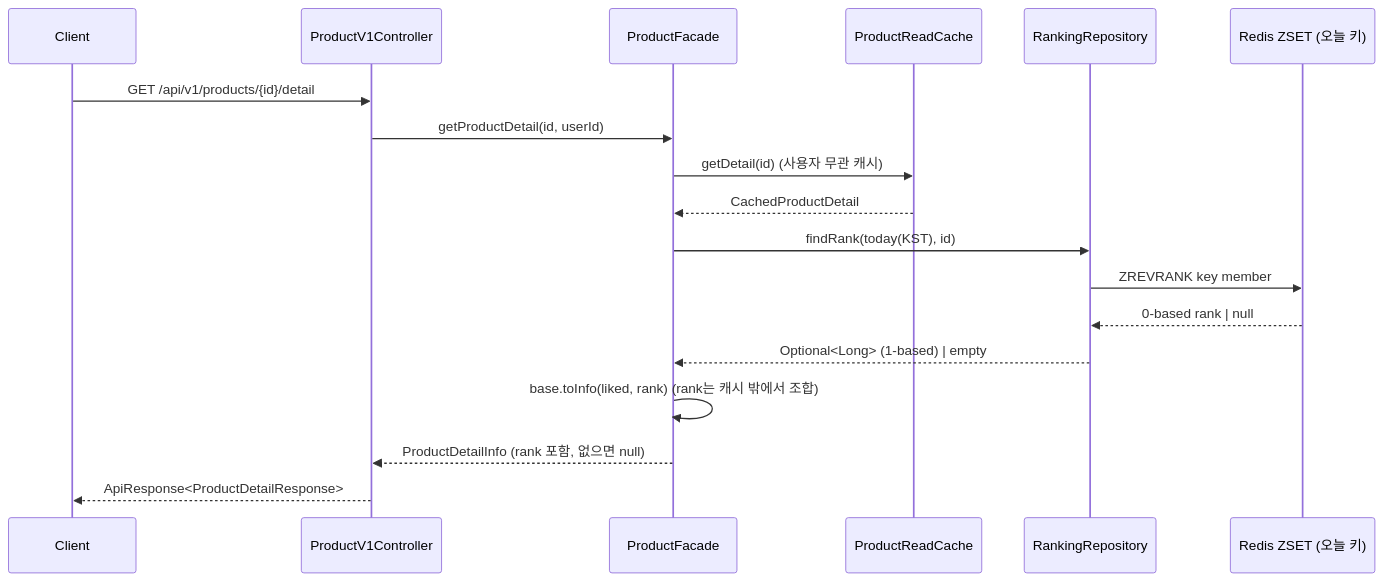
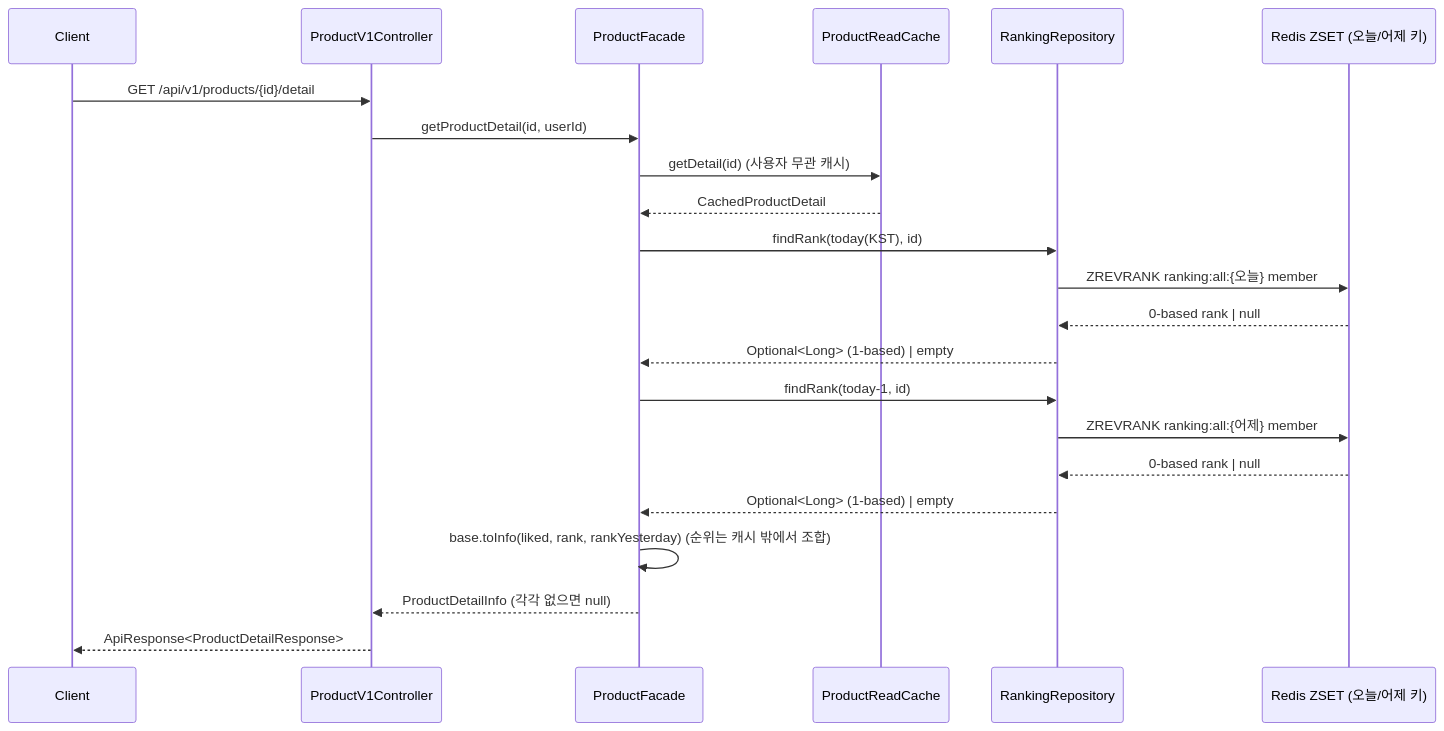
Before and after one commit to gamewithfriend/loop-pack-be-l2-vol4-java: the third of 3 diagrams in docs/week9/02-sequence-diagrams.md, drawn with Mermaid. The commit also changed other lines of this file and 4 other files, not shown here.

First line of the commit message:
docs(week9): 상세 추세(rankYesterday) + 과거 랭킹 스냅샷 설계 반영

````diff
--- a/docs/week9/02-sequence-diagrams.md
+++ b/docs/week9/02-sequence-diagrams.md
@@ -107,21 +107,25 @@
 ```mermaid
 sequenceDiagram
     participant U as Client
     participant Ct as ProductV1Controller
     participant F as ProductFacade
     participant Cache as ProductReadCache
     participant RR as RankingRepository
-    participant Z as Redis ZSET (오늘 키)
+    participant Z as Redis ZSET (오늘/어제 키)
 
     U->>Ct: GET /api/v1/products/{id}/detail
     Ct->>F: getProductDetail(id, userId)
     F->>Cache: getDetail(id)  (사용자 무관 캐시)
     Cache-->>F: CachedProductDetail
     F->>RR: findRank(today(KST), id)
-    RR->>Z: ZREVRANK key member
+    RR->>Z: ZREVRANK ranking:all:{오늘} member
     Z-->>RR: 0-based rank | null
     RR-->>F: Optional<Long> (1-based) | empty
-    F->>F: base.toInfo(liked, rank)   (rank는 캐시 밖에서 조합)
-    F-->>Ct: ProductDetailInfo (rank 포함, 없으면 null)
+    F->>RR: findRank(today-1, id)
+    RR->>Z: ZREVRANK ranking:all:{어제} member
+    Z-->>RR: 0-based rank | null
+    RR-->>F: Optional<Long> (1-based) | empty
+    F->>F: base.toInfo(liked, rank, rankYesterday)   (순위는 캐시 밖에서 조합)
+    F-->>Ct: ProductDetailInfo (각각 없으면 null)
     Ct-->>U: ApiResponse<ProductDetailResponse>
 ```
````
